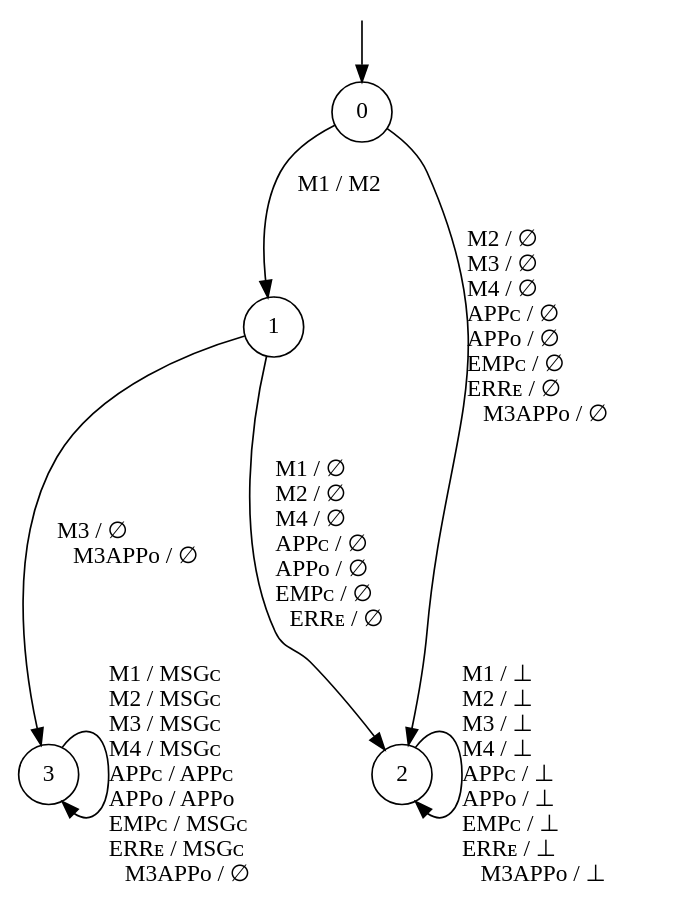
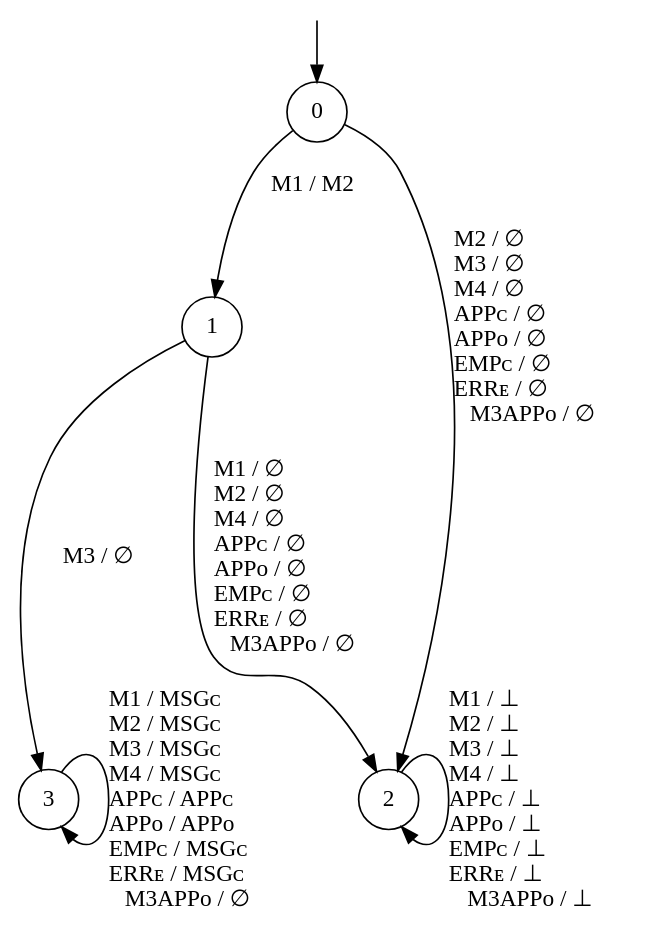
One commit to protocol-fuzzing/stateful-fuzzing changed the diagram in edhoc-fuzzer/results-learning/learn_uoscore-uedhoc/learnedModelbtf.dot. Above: the diagram before and after it, drawn with Graphviz. The commit also changed 203 other files, not shown here.

```diff
--- a/edhoc-fuzzer/results-learning/learn_uoscore-uedhoc/learnedModelbtf.dot
+++ b/edhoc-fuzzer/results-learning/learn_uoscore-uedhoc/learnedModelbtf.dot
@@ -1,17 +1,17 @@
 digraph g {
 
 	s0 [label="0", shape="circle"];
 	s1 [label="1", shape="circle"];
 	s2 [label="2", shape="circle"];
 	s3 [label="3", shape="circle"];
 	s0 -> s1  [label=" M1 / M2     "];
 	s0 -> s2  [label=" M2 / ∅\l M3 / ∅\l M4 / ∅\l APPᴄ / ∅\l APPᴏ / ∅\l EMPᴄ / ∅\l ERRᴇ / ∅\l M3APPᴏ / ∅     "];
-	s1 -> s2  [label=" M1 / ∅\l M2 / ∅\l M4 / ∅\l APPᴄ / ∅\l APPᴏ / ∅\l EMPᴄ / ∅\l ERRᴇ / ∅     "];
-	s1 -> s3  [label=" M3 / ∅\l M3APPᴏ / ∅     "];
+	s1 -> s2  [label=" M1 / ∅\l M2 / ∅\l M4 / ∅\l APPᴄ / ∅\l APPᴏ / ∅\l EMPᴄ / ∅\l ERRᴇ / ∅\l M3APPᴏ / ∅     "];
+	s1 -> s3  [label=" M3 / ∅     "];
 	s2 -> s2  [label=" M1 / ⊥\l M2 / ⊥\l M3 / ⊥\l M4 / ⊥\l APPᴄ / ⊥\l APPᴏ / ⊥\l EMPᴄ / ⊥\l ERRᴇ / ⊥\l M3APPᴏ / ⊥     "];
 	s3 -> s3  [label=" M1 / MSGᴄ\l M2 / MSGᴄ\l M3 / MSGᴄ\l M4 / MSGᴄ\l APPᴄ / APPᴄ\l APPᴏ / APPᴏ\l EMPᴄ / MSGᴄ\l ERRᴇ / MSGᴄ\l M3APPᴏ / ∅     "];
 
 __start0 [height="0", label="", shape="none", width="0"];
 __start0 -> s0;
 
 }
```
